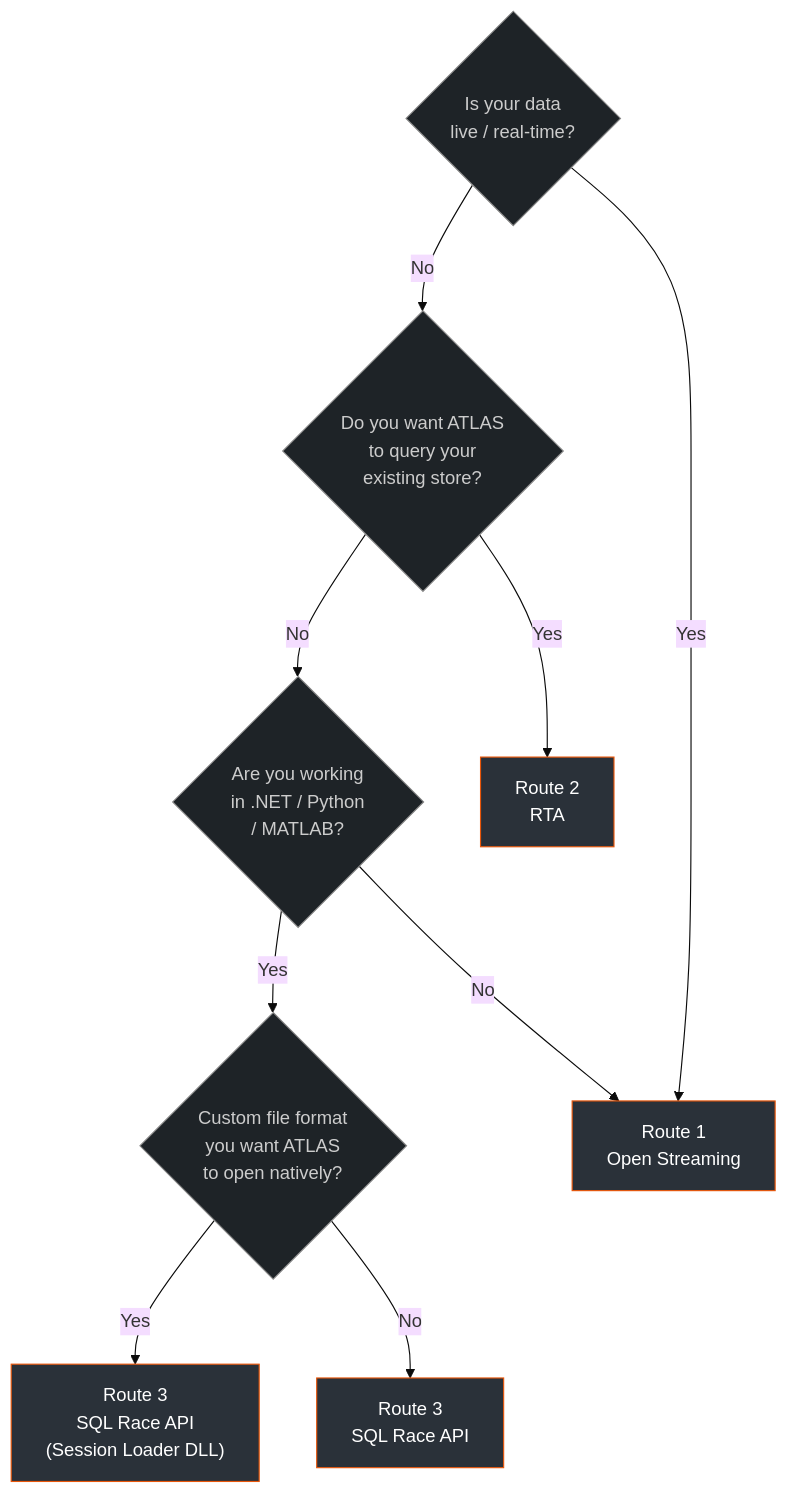
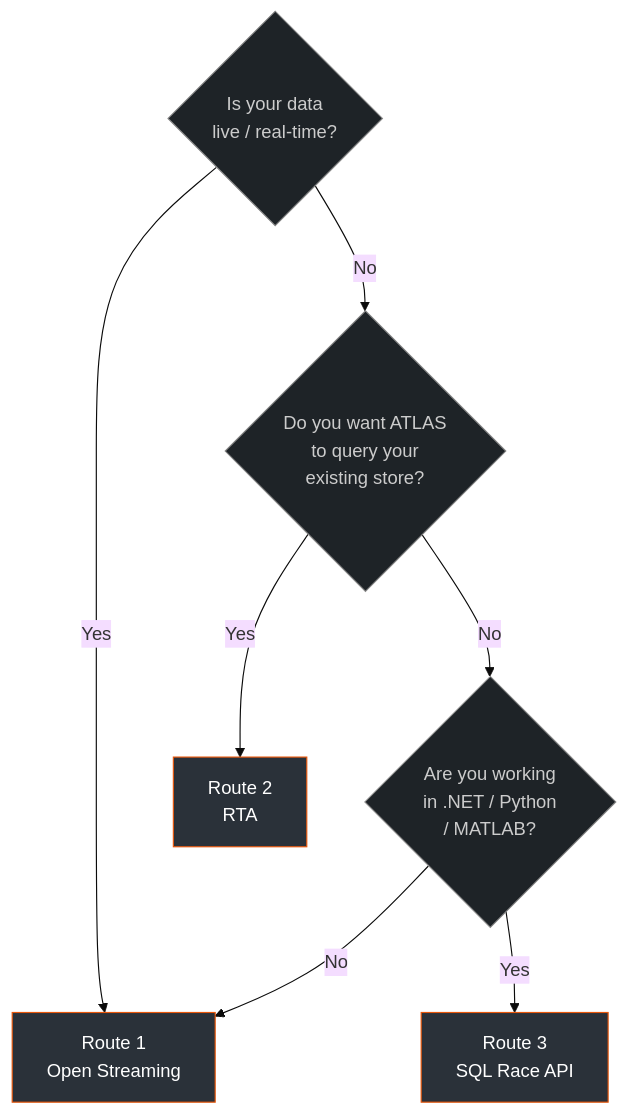
Before and after one commit to mat-docs/ATLAS.Site: the seventh of 7 diagrams in docs/blog/posts/getting-data-into-atlas..md, drawn with Mermaid (base theme). The commit also changed other lines of this file, not shown here.

````diff
--- a/docs/blog/posts/getting-data-into-atlas..md
+++ b/docs/blog/posts/getting-data-into-atlas..md
@@ -475,30 +470,23 @@
 ```mermaid
 flowchart TD
     Q1{"Is your data\nlive / real-time?"}
     Q2{"Do you want ATLAS\nto query your\nexisting store?"}
     Q3{"Are you working\nin .NET / Python\n/ MATLAB?"}
-    Q4{"Custom file format\nyou want ATLAS\nto open natively?"}
-
     R1["Route 1\nOpen Streaming"]
     R2["Route 2\nRTA"]
     R3["Route 3\nSQL Race API"]
-    R4["Route 3\nSQL Race API\n(Session Loader DLL)"]
 
     Q1 -->|Yes| R1
     Q1 -->|No| Q2
     Q2 -->|Yes| R2
     Q2 -->|No| Q3
-    Q3 -->|Yes| Q4
-    Q4 -->|Yes| R4
-    Q4 -->|No| R3
+    Q3 -->|Yes| R3
     Q3 -->|No| R1
 
     style R1 fill:#2a3139,stroke:#e8560a,color:#fff
     style R2 fill:#2a3139,stroke:#e8560a,color:#fff
     style R3 fill:#2a3139,stroke:#e8560a,color:#fff
-    style R4 fill:#2a3139,stroke:#e8560a,color:#fff
     style Q1 fill:#1e2327,stroke:#888,color:#ccc
     style Q2 fill:#1e2327,stroke:#888,color:#ccc
     style Q3 fill:#1e2327,stroke:#888,color:#ccc
-    style Q4 fill:#1e2327,stroke:#888,color:#ccc
 ```
````
